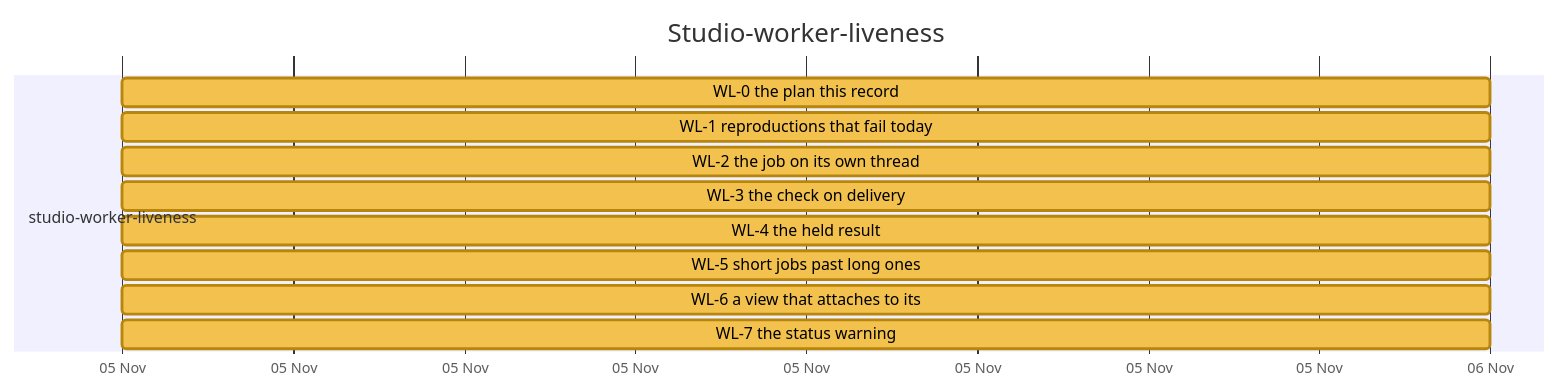
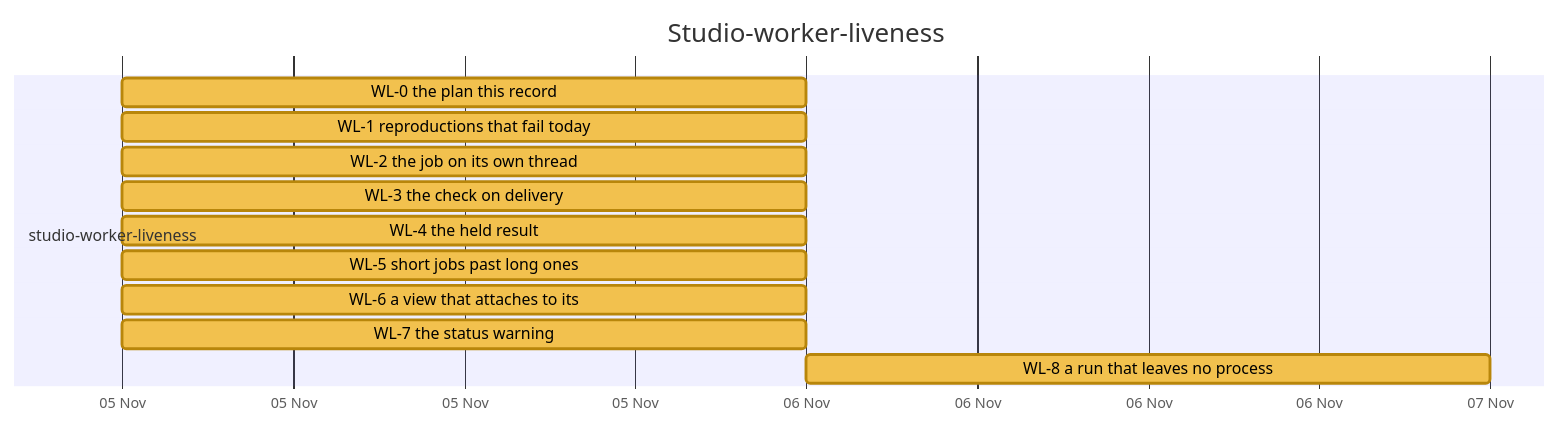
Diagram 14 of 27 in docs/developer/ROADMAP.md (nebularis/lattice), drawn with Mermaid before and after one commit. The commit also changed other lines of this file and 10 other files, not shown here.

First line of the commit message:
[studio-worker-liveness] WL-8: a killed test run leaves no stack behind

````diff
--- a/docs/developer/ROADMAP.md
+++ b/docs/developer/ROADMAP.md
@@ -417,16 +417,17 @@
 ```mermaid
 %%{init: {"themeVariables": {"taskBkgColor": "#f2c14e", "taskBorderColor": "#b8860b", "taskTextColor": "#000000", "activeTaskBkgColor": "#4e9af1", "activeTaskBorderColor": "#1f5fbf", "activeTaskBorderColor": "#1f5fbf", "doneTaskBkgColor": "#8fcf8f", "doneTaskBorderColor": "#2f7d32", "critBkgColor": "#f28b82", "critBorderColor": "#b23a30", "taskTextDarkColor": "#000000", "taskTextLightColor": "#000000"}}}%%
 gantt
     title Studio-worker-liveness
     dateFormat YYYY-MM-DD
     axisFormat %d %b
     section studio-worker-liveness
     WL-0 the plan this record :wl0, 2026-11-05, 2026-11-06
     WL-1 reproductions that fail today :wl1, 2026-11-05, 2026-11-06
     WL-2 the job on its own thread :wl2, 2026-11-05, 2026-11-06
     WL-3 the check on delivery :wl3, 2026-11-05, 2026-11-06
     WL-4 the held result :wl4, 2026-11-05, 2026-11-06
     WL-5 short jobs past long ones :wl5, 2026-11-05, 2026-11-06
     WL-6 a view that attaches to its :wl6, 2026-11-05, 2026-11-06
     WL-7 the status warning :wl7, 2026-11-05, 2026-11-06
+    WL-8 a run that leaves no process :wl8, 2026-11-06, 2026-11-07
 ```
````
